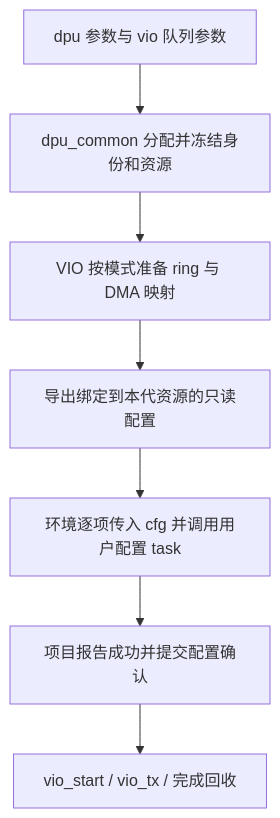
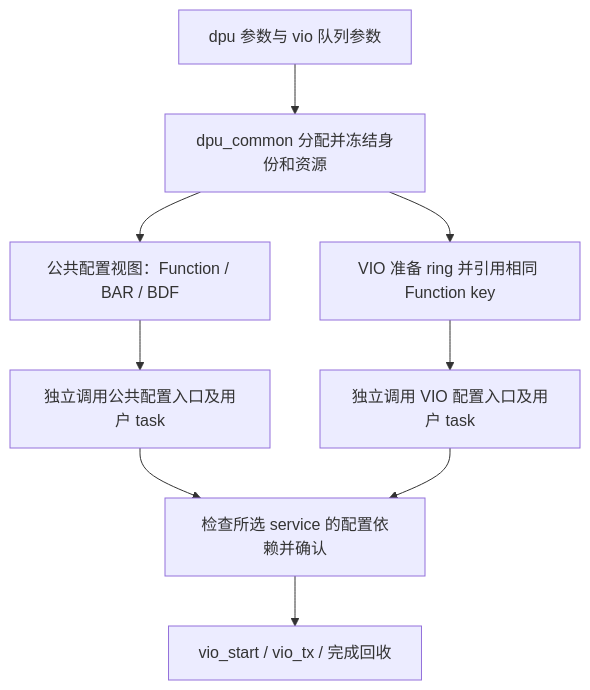
The diagram in docs/superpowers/specs/2026-11-07-vio-external-device-configuration-design.md (Beihang-yuting/virtio_work), drawn with Mermaid before and after one commit. The commit also changed other lines of this file and 1 other file, not shown here.

````diff
--- a/docs/superpowers/specs/2026-11-07-vio-external-device-configuration-design.md
+++ b/docs/superpowers/specs/2026-11-07-vio-external-device-configuration-design.md
@@ -60,9 +68,11 @@
 ```mermaid
 flowchart TD
     A[dpu 参数与 vio 队列参数] --> B[dpu_common 分配并冻结身份和资源]
-    B --> C[VIO 按模式准备 ring 与 DMA 映射]
-    C --> D[导出绑定到本代资源的只读配置]
-    D --> E[环境逐项传入 cfg 并调用用户配置 task]
-    E --> F[项目报告成功并提交配置确认]
+    B --> D[公共配置视图：Function / BAR / BDF]
+    B --> C[VIO 准备 ring 并引用相同 Function key]
+    D --> E[独立调用公共配置入口及用户 task]
+    C --> V[独立调用 VIO 配置入口及用户 task]
+    E --> F[检查所选 service 的配置依赖并确认]
+    V --> F
     F --> G[vio_start / vio_tx / 完成回收]
 ```
````
